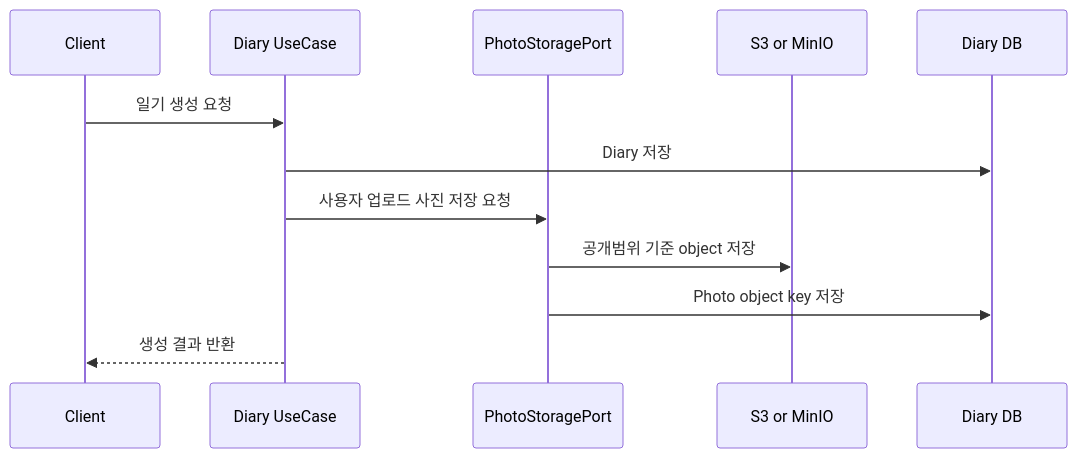
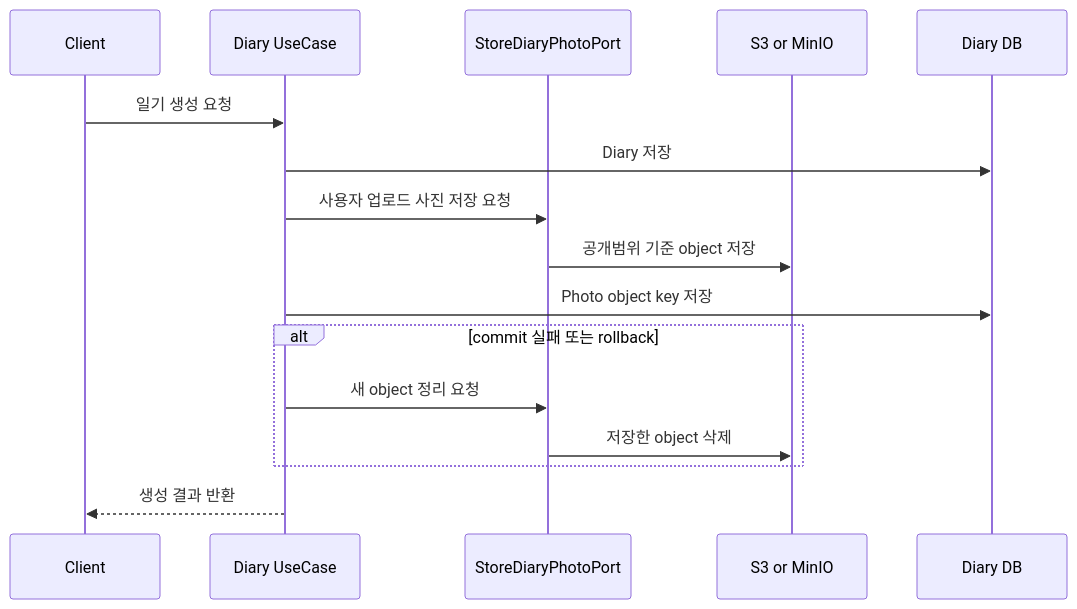
The first of 4 diagrams in docs/runbooks/diary-image-storage-runbook.md (MyPicDay/piku-back), drawn with Mermaid before and after one commit. The commit also changed other lines of this file and 83 other files, not shown here.

````diff
--- a/docs/runbooks/diary-image-storage-runbook.md
+++ b/docs/runbooks/diary-image-storage-runbook.md
@@ -46,15 +55,19 @@
 ```mermaid
 sequenceDiagram
     participant Client as Client
     participant Diary as Diary UseCase
-    participant PhotoStorage as PhotoStoragePort
+    participant PhotoStorage as StoreDiaryPhotoPort
     participant Storage as S3 or MinIO
     participant DB as Diary DB
 
     Client->>Diary: 일기 생성 요청
     Diary->>DB: Diary 저장
     Diary->>PhotoStorage: 사용자 업로드 사진 저장 요청
     PhotoStorage->>Storage: 공개범위 기준 object 저장
-    PhotoStorage->>DB: Photo object key 저장
+    Diary->>DB: Photo object key 저장
+    alt commit 실패 또는 rollback
+        Diary->>PhotoStorage: 새 object 정리 요청
+        PhotoStorage->>Storage: 저장한 object 삭제
+    end
     Diary-->>Client: 생성 결과 반환
 ```
````
